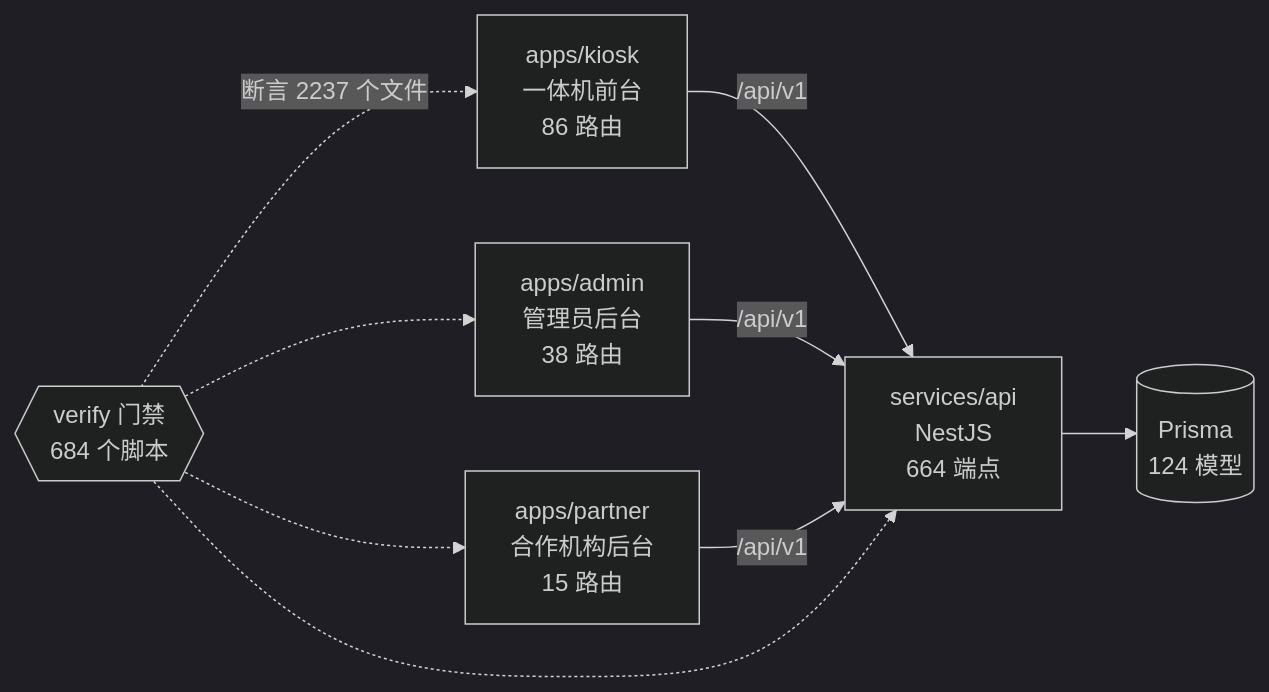
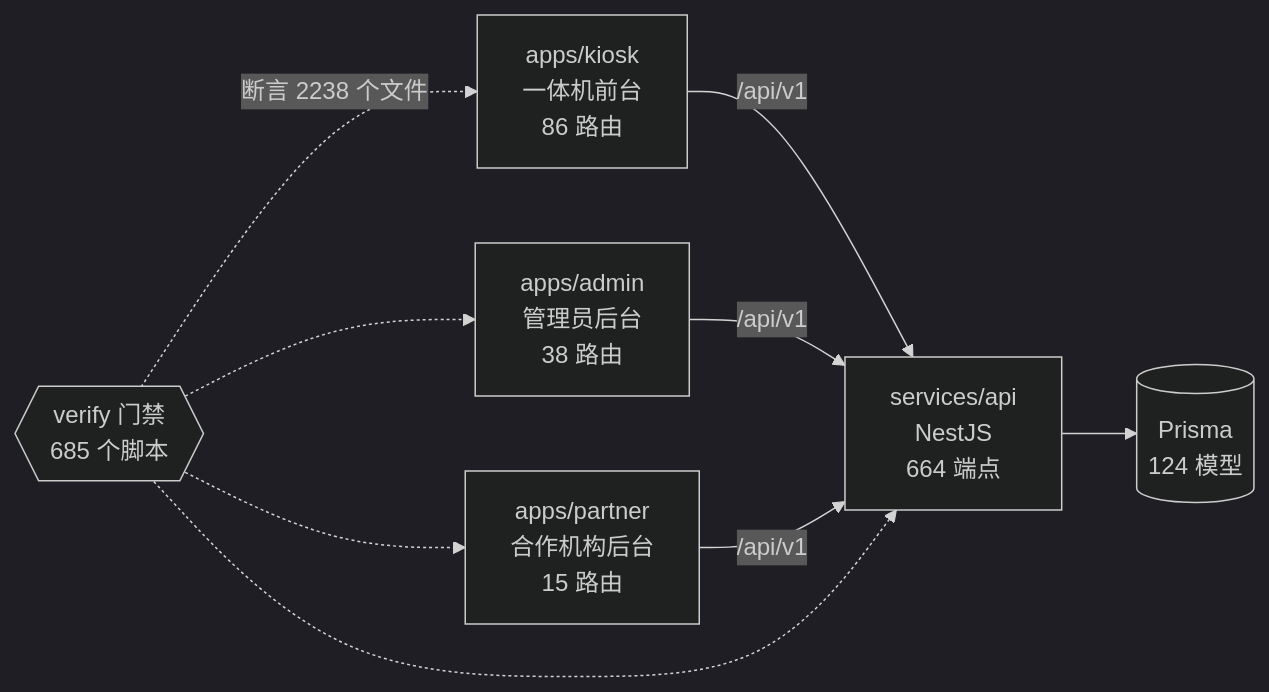
The diagram in docs/graph/README.md (wanglei581/YITIJI), drawn with Mermaid (dark theme) before and after one commit. The commit also changed other lines of this file and 8 other files, not shown here.

````diff
--- a/docs/graph/README.md
+++ b/docs/graph/README.md
@@ -68,18 +68,18 @@
 ```mermaid
 flowchart LR
   kiosk["apps/kiosk<br/>一体机前台<br/>86 路由"]
   admin["apps/admin<br/>管理员后台<br/>38 路由"]
   partner["apps/partner<br/>合作机构后台<br/>15 路由"]
   api["services/api<br/>NestJS<br/>664 端点"]
   db[("Prisma<br/>124 模型")]
-  gates{{"verify 门禁<br/>684 个脚本"}}
+  gates{{"verify 门禁<br/>685 个脚本"}}
 
   kiosk -->|"/api/v1"| api
   admin -->|"/api/v1"| api
   partner -->|"/api/v1"| api
   api --> db
-  gates -.->|"断言 2237 个文件"| kiosk
+  gates -.->|"断言 2238 个文件"| kiosk
   gates -.-> admin
   gates -.-> partner
   gates -.-> api
 ```
````
